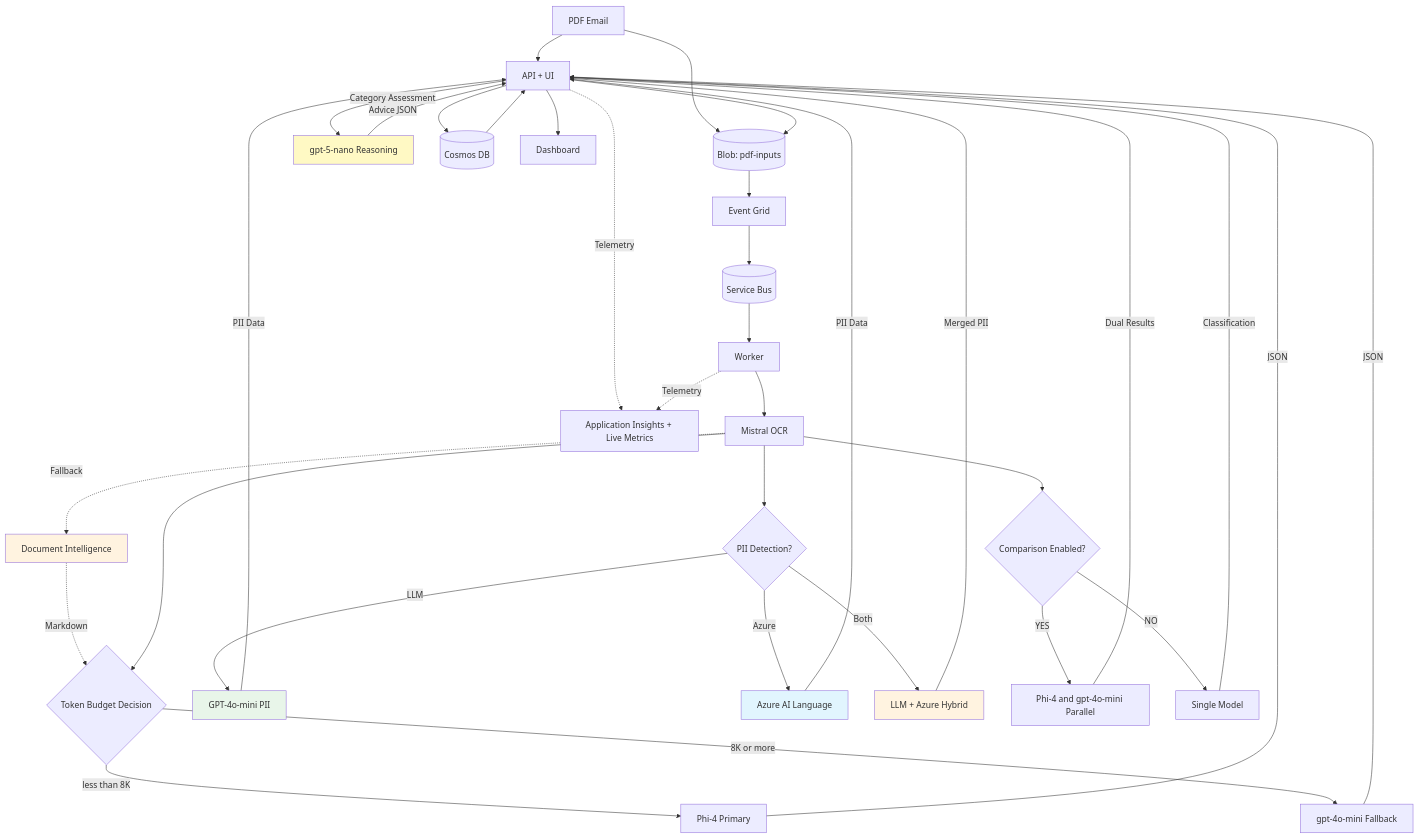
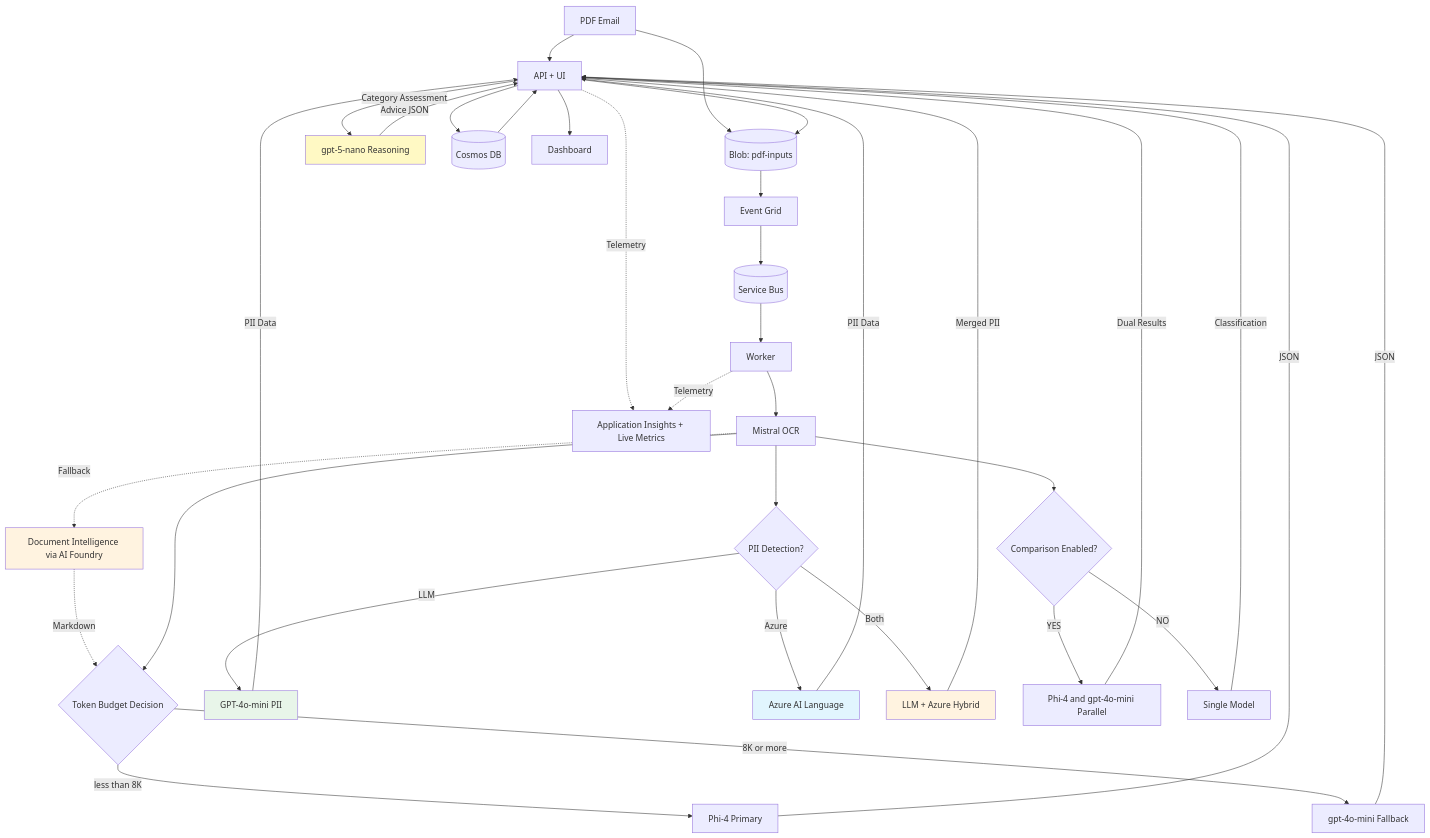
One commit to olivMertens/ClassyMail changed the first of 6 diagrams in docs/ARCHITECTURE.md. Above: the diagram before and after it, drawn with Mermaid. The commit also changed other lines of this file and 10 other files, not shown here.

First line of the commit message:
docs: update DI architecture to reflect AI Foundry endpoint integration

````diff
--- a/docs/ARCHITECTURE.md
+++ b/docs/ARCHITECTURE.md
@@ -23,42 +23,42 @@
 ```mermaid
 flowchart TD
     PDF[PDF Email] --> API[API + UI]
     PDF --> BlobIn[(Blob: pdf-inputs)]
     API --> BlobIn
     BlobIn --> EG[Event Grid]
     EG --> SB[(Service Bus)]
     SB --> W[Worker]
     W --> OCR[Mistral OCR]
-    OCR -.->|Fallback| DI[Document Intelligence]
+    OCR -.->|Fallback| DI[Document Intelligence via AI Foundry]
     DI -.->|Markdown| Check
     OCR --> Check{"Token Budget Decision"}
     Check -->|"less than 8K"| Phi["Phi-4 Primary"]
     Check -->|"8K or more"| GPT["gpt-4o-mini Fallback"]
     OCR --> PII{"PII Detection?"}
     PII -->|LLM| GPT_PII["GPT-4o-mini PII"]
     PII -->|Azure| Lang["Azure AI Language"]
     PII -->|Both| Hybrid["LLM + Azure Hybrid"]
     OCR --> Comp{"Comparison Enabled?"}
     Comp -->|YES| Dual["Phi-4 and gpt-4o-mini Parallel"]
     Comp -->|NO| Single[Single Model]
     Phi -->|JSON| API
     GPT -->|JSON| API
     Dual -->|Dual Results| API
     Single -->|Classification| API
     GPT_PII -->|PII Data| API
     Lang -->|PII Data| API
     Hybrid -->|Merged PII| API
     API -->|"Category Assessment"| Nano["gpt-5-nano Reasoning"]
     Nano -->|"Advice JSON"| API
     API --> Cosmos[(Cosmos DB)]
     Cosmos --> API
     API --> UI[Dashboard]
     API -.->|Telemetry| AppInsights[Application Insights + Live Metrics]
     W -.->|Telemetry| AppInsights
 
     style Lang fill:#e1f5fe
     style GPT_PII fill:#e8f5e9
     style Hybrid fill:#fff3e0
     style Nano fill:#fff9c4
     style DI fill:#fff3e0
 ```
````
